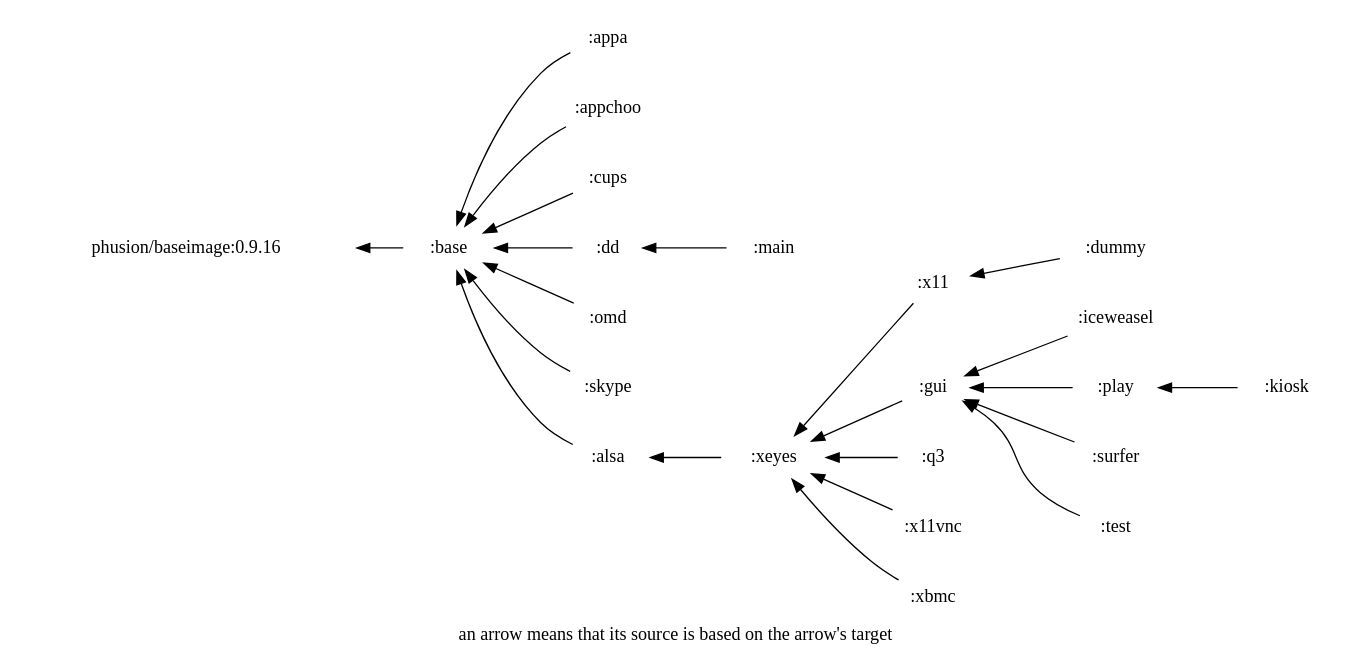
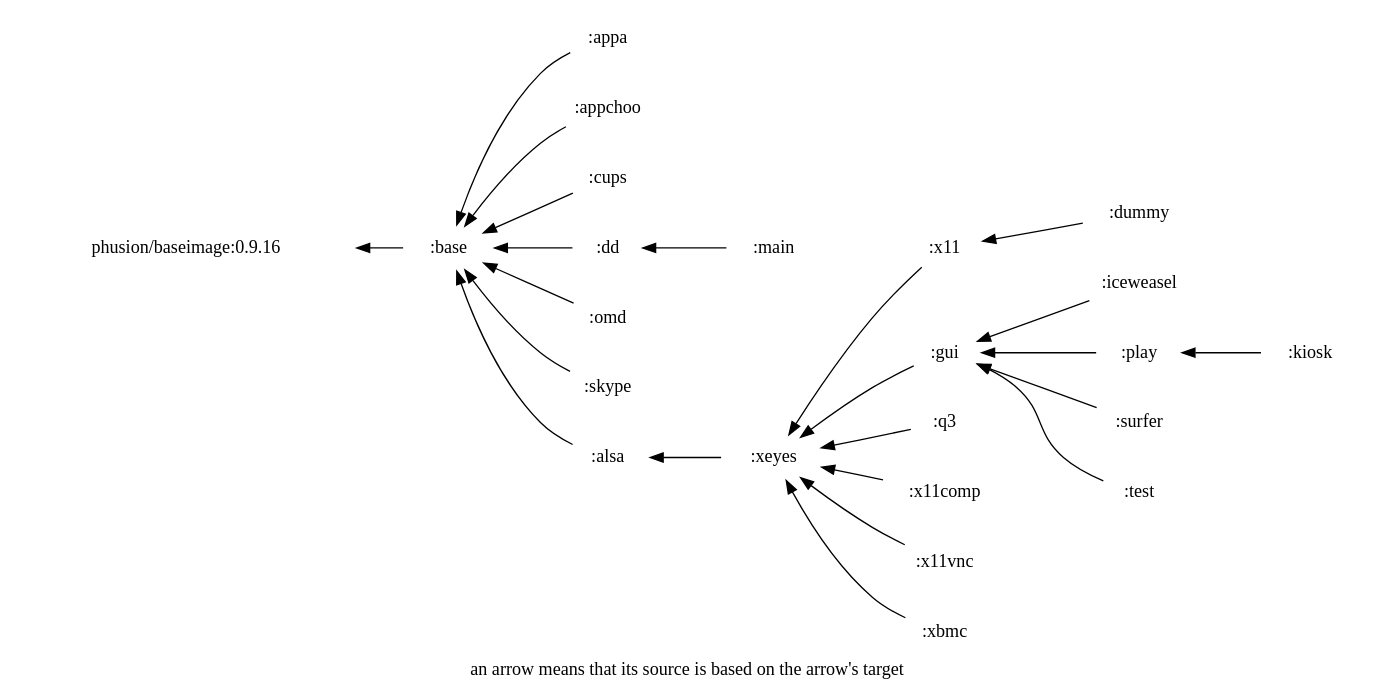
One commit to hilbert/hilbert-docker-images changed the diagram in deps.dot. Above: the diagram before and after it, drawn with Graphviz. The commit also changed 1 other file, not shown here.

Commit message:
Updated DEPS graph

```diff
--- a/deps.dot
+++ b/deps.dot
@@ -1,23 +1,24 @@
 digraph deps{ graph [label="an arrow means that its source is based on the arrow's target", labelloc=b]; node [color=white]; rankdir = RL;
 ":alsa" -> ":base" ;
 ":appa" -> ":base" ;
 ":appchoo" -> ":base" ;
 ":base" -> "phusion/baseimage:0.9.16" ;
 ":cups" -> ":base" ;
 ":dd" -> ":base" ;
 ":dummy" -> ":x11" ;
 ":gui" -> ":xeyes" ;
 ":iceweasel" -> ":gui" ;
 ":kiosk" -> ":play" ;
 ":main" -> ":dd" ;
 ":omd" -> ":base" ;
 ":play" -> ":gui" ;
 ":q3" -> ":xeyes" ;
 ":skype" -> ":base" ;
 ":surfer" -> ":gui" ;
 ":test" -> ":gui" ;
 ":x11" -> ":xeyes" ;
+":x11comp" -> ":xeyes" ;
 ":x11vnc" -> ":xeyes" ;
 ":xbmc" -> ":xeyes" ;
 ":xeyes" -> ":alsa" ;
 }
```
